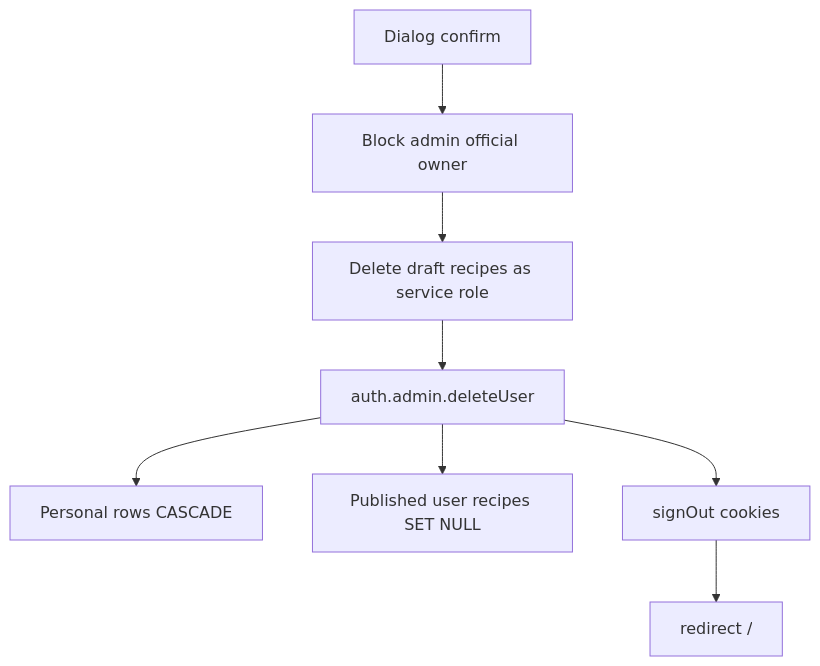
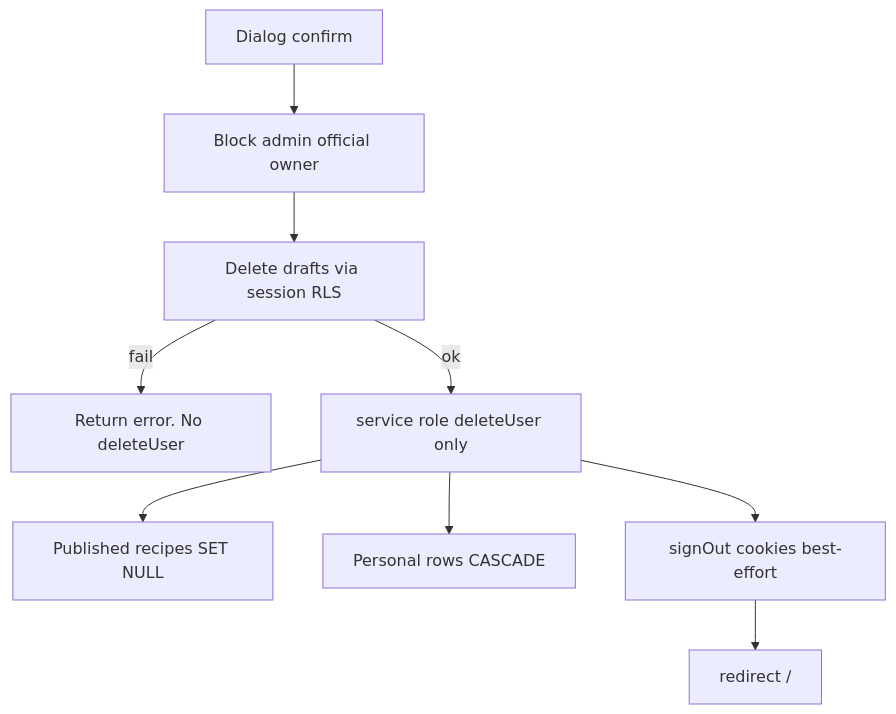
Before and after one commit to TomoyaOgashiwa/sakehub: the diagram in .cursor/plans/web_profile_edit_and_delete.md, drawn with Mermaid. The commit also changed other lines of this file and 2 other files, not shown here.

````diff
--- a/.cursor/plans/web_profile_edit_and_delete.md
+++ b/.cursor/plans/web_profile_edit_and_delete.md
@@ -109,10 +115,11 @@
 ```mermaid
 flowchart TD
   Confirm["Dialog confirm"] --> Guard["Block admin official owner"]
-  Guard --> Drafts["Delete draft recipes as service role"]
-  Drafts --> AuthDel["auth.admin.deleteUser"]
+  Guard --> Drafts["Delete drafts via session RLS"]
+  Drafts -->|fail| Abort["Return error. No deleteUser"]
+  Drafts -->|ok| AuthDel["service role deleteUser only"]
+  AuthDel --> FkSetNull["Published recipes SET NULL"]
   AuthDel --> Cascade["Personal rows CASCADE"]
-  AuthDel --> Recipes["Published user recipes SET NULL"]
-  AuthDel --> SignOut["signOut cookies"]
+  AuthDel --> SignOut["signOut cookies best-effort"]
   SignOut --> Home["redirect /"]
 ```
````
